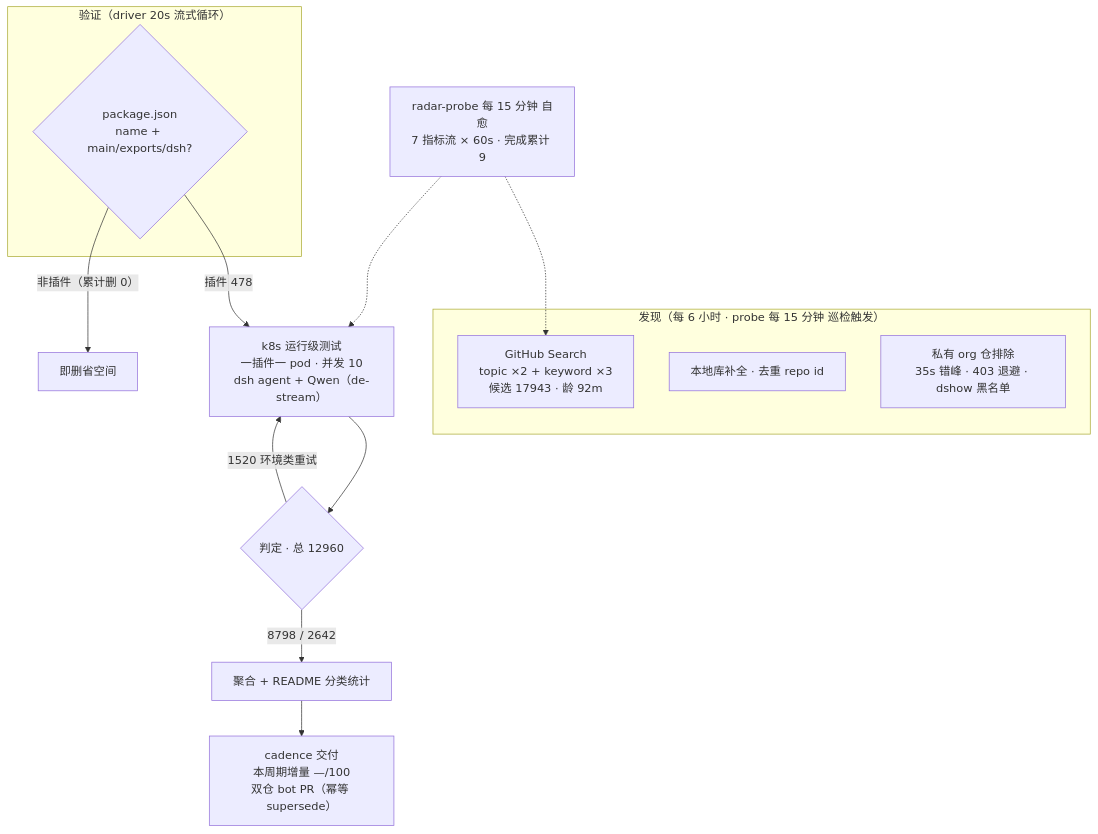
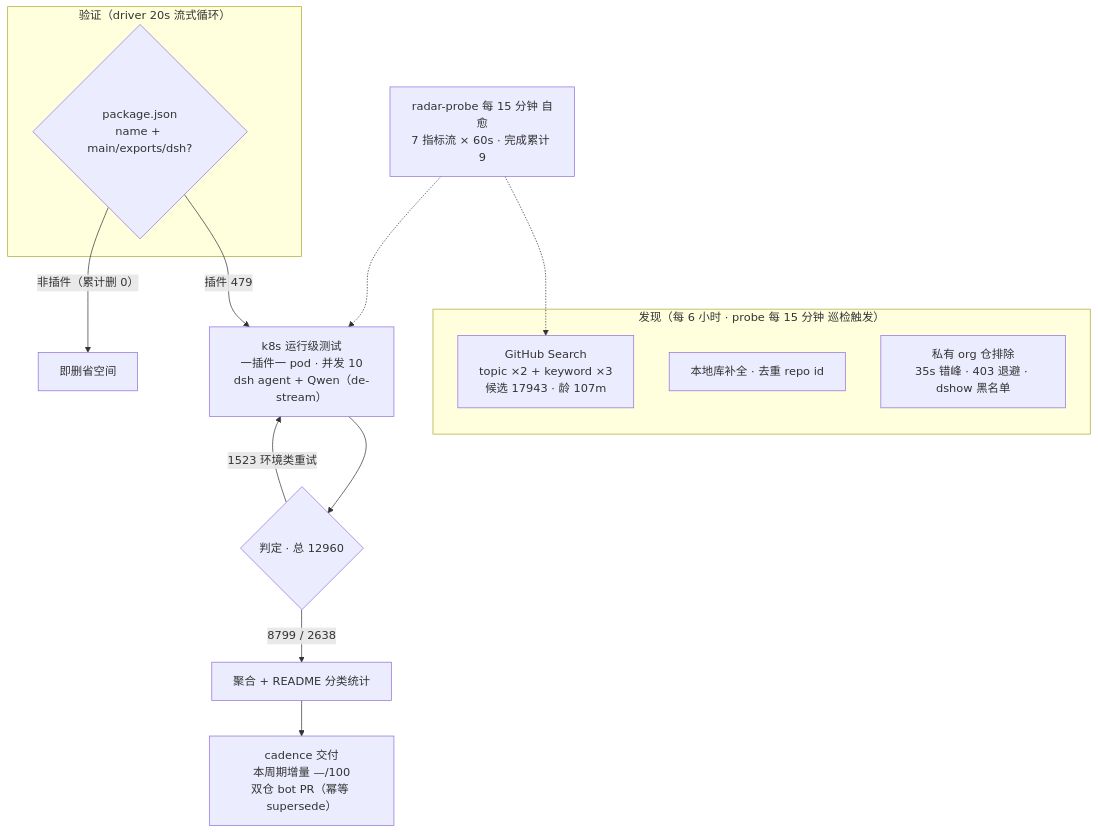
The diagram in README.md (AdamPlatin123/awesome-dsh-plugins), drawn with Mermaid before and after one commit. The commit also changed other lines of this file and 5 other files, not shown here.

````diff
--- a/README.md
+++ b/README.md
@@ -52,20 +52,20 @@
 ```mermaid
 flowchart TB
     subgraph Discovery["发现（每 6 小时 · probe 每 15 分钟 巡检触发）"]
-        A1["GitHub Search<br/>topic ×2 + keyword ×3<br/>候选 17943 · 龄 92m"]
+        A1["GitHub Search<br/>topic ×2 + keyword ×3<br/>候选 17943 · 龄 107m"]
         A2["本地库补全 · 去重 repo id"]
         A3["私有 org 仓排除<br/>35s 错峰 · 403 退避 · dshow 黑名单"]
     end
     subgraph Validation["验证（driver 20s 流式循环）"]
         B1{"package.json<br/>name + main/exports/dsh?"}
     end
-    B1 -->|"插件 478"| C1["k8s 运行级测试<br/>一插件一 pod · 并发 10<br/>dsh agent + Qwen（de-stream）"]
+    B1 -->|"插件 479"| C1["k8s 运行级测试<br/>一插件一 pod · 并发 10<br/>dsh agent + Qwen（de-stream）"]
     B1 -->|"非插件（累计删 0）"| B3["即删省空间"]
     C1 --> D1{"判定 · 总 12960"}
-    D1 -->|"8798 / 2642"| E1["聚合 + README 分类统计"]
-    D1 -->|"1520 环境类重试"| C1
+    D1 -->|"8799 / 2638"| E1["聚合 + README 分类统计"]
+    D1 -->|"1523 环境类重试"| C1
     E1 --> E2["cadence 交付<br/>本周期增量 —/100<br/>双仓 bot PR（幂等 supersede）"]
     M["radar-probe 每 15 分钟 自愈<br/>7 指标流 × 60s · 完成累计 9"]
     M -.-> A1
     M -.-> C1
 ```
````
